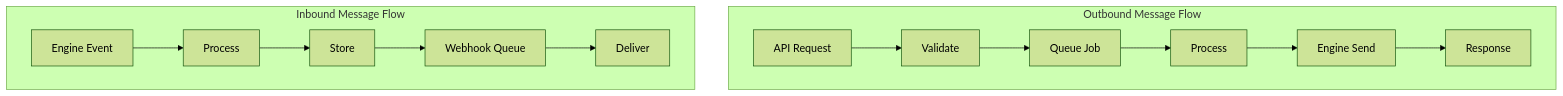
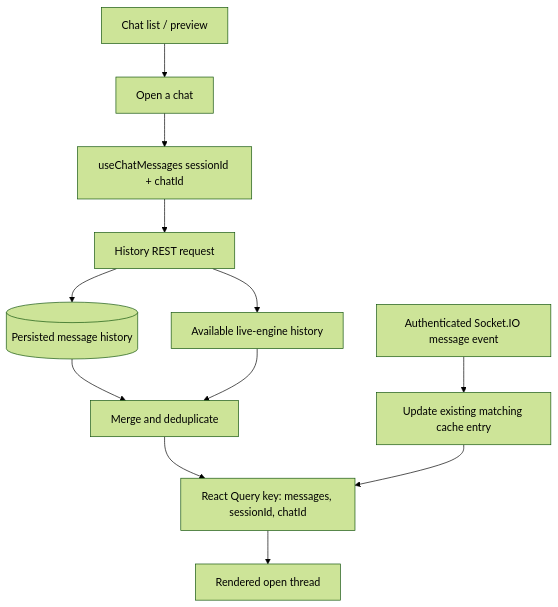
The seventh of 10 diagrams in docs/03-system-architecture.md (AbdoHussein1998/OpenWA), drawn with Mermaid (forest theme) before and after one commit. The commit also changed other lines of this file and 8 other files, not shown here.

````diff
--- a/docs/03-system-architecture.md
+++ b/docs/03-system-architecture.md
@@ -504,17 +226,14 @@
 ```mermaid
 flowchart TB
-    subgraph Outbound["Outbound Message Flow"]
-        A1[API Request] --> V1[Validate]
-        V1 --> Q1[Queue Job]
-        Q1 --> P1[Process]
-        P1 --> E1[Engine Send]
-        E1 --> R1[Response]
-    end
-
-    subgraph Inbound["Inbound Message Flow"]
-        E2[Engine Event] --> P2[Process]
-        P2 --> S2[Store]
-        S2 --> W2[Webhook Queue]
-        W2 --> D2[Deliver]
-    end
+    ChatList[Chat list / preview] --> ChatOpen[Open a chat]
+    ChatOpen --> Hook[useChatMessages sessionId + chatId]
+    Hook --> API[History REST request]
+    API --> DB[(Persisted message history)]
+    API --> EngineHistory[Available live-engine history]
+    DB --> Merge[Merge and deduplicate]
+    EngineHistory --> Merge
+    Merge --> Cache[React Query key: messages, sessionId, chatId]
+    Socket[Authenticated Socket.IO message event] --> Update[Update existing matching cache entry]
+    Update --> Cache
+    Cache --> Thread[Rendered open thread]
 ```
````
